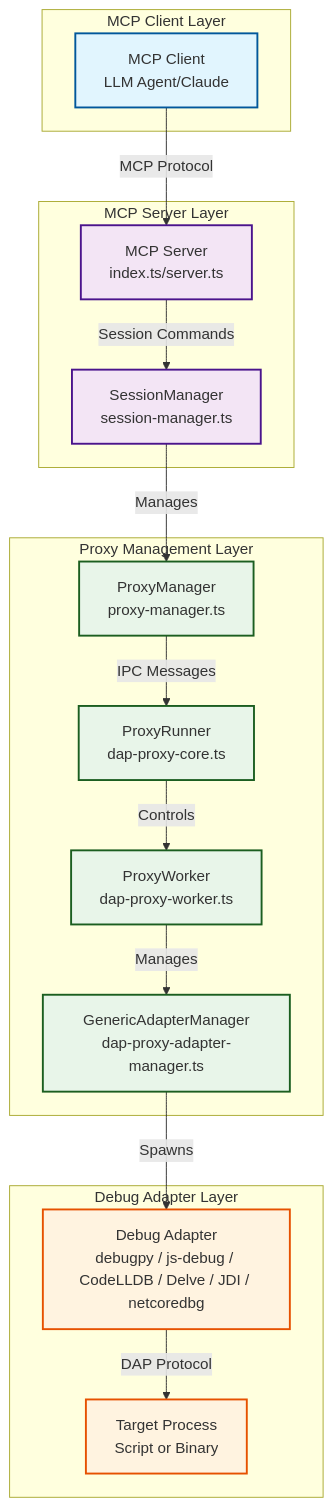
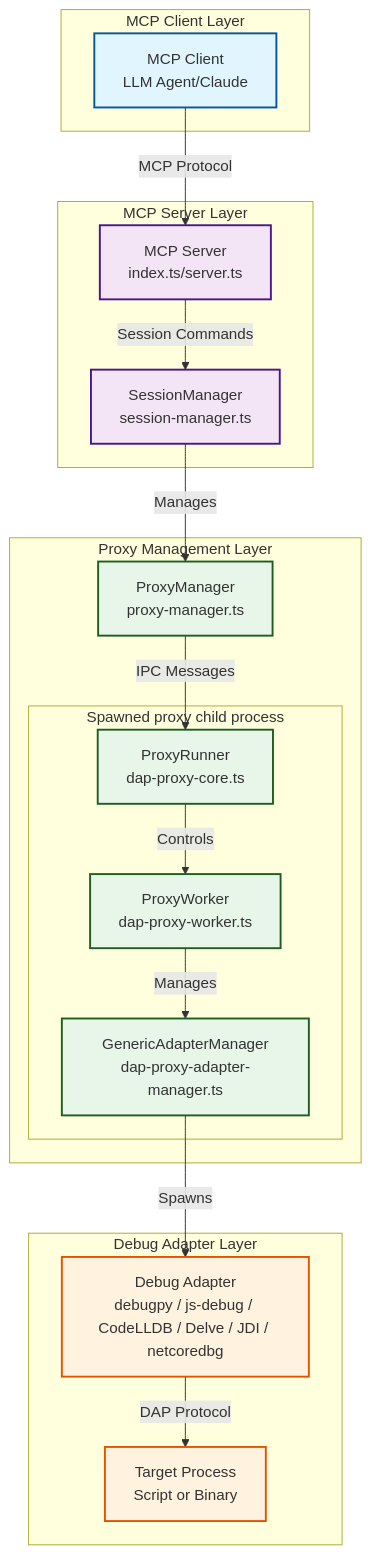
Before and after one commit to debugmcp/mcp-debugger: the first of 2 diagrams in docs/architecture/system-overview.md, drawn with Mermaid. The commit also changed other lines of this file and 77 other files, not shown here.

````diff
--- a/docs/architecture/system-overview.md
+++ b/docs/architecture/system-overview.md
@@ -7,42 +7,44 @@
 ```mermaid
 graph TB
     subgraph "MCP Client Layer"
         MC[MCP Client<br/>LLM Agent/Claude]
     end
 
     subgraph "MCP Server Layer"
         MS[MCP Server<br/>index.ts/server.ts]
         SM[SessionManager<br/>session-manager.ts]
     end
 
     subgraph "Proxy Management Layer"
         PM[ProxyManager<br/>proxy-manager.ts]
-        PC[ProxyRunner<br/>dap-proxy-core.ts]
-        PW[ProxyWorker<br/>dap-proxy-worker.ts]
-        PPM[GenericAdapterManager<br/>dap-proxy-adapter-manager.ts]
+        subgraph "Spawned proxy child process"
+            PC[ProxyRunner<br/>dap-proxy-core.ts]
+            PW[ProxyWorker<br/>dap-proxy-worker.ts]
+            PPM[GenericAdapterManager<br/>dap-proxy-adapter-manager.ts]
+        end
     end
 
     subgraph "Debug Adapter Layer"
         DA[Debug Adapter<br/>debugpy / js-debug / CodeLLDB / Delve / JDI / netcoredbg]
         TGT[Target Process<br/>Script or Binary]
     end
 
     MC -->|MCP Protocol| MS
     MS -->|Session Commands| SM
     SM -->|Manages| PM
     PM -->|IPC Messages| PC
     PC -->|Controls| PW
     PW -->|Manages| PPM
     PPM -->|Spawns| DA
     DA -->|DAP Protocol| TGT
     
     classDef client fill:#e1f5fe,stroke:#01579b,stroke-width:2px
     classDef server fill:#f3e5f5,stroke:#4a148c,stroke-width:2px
     classDef proxy fill:#e8f5e9,stroke:#1b5e20,stroke-width:2px
     classDef adapter fill:#fff3e0,stroke:#e65100,stroke-width:2px
     
     class MC client
     class MS,SM server
     class PM,PC,PW,PPM proxy
     class DA,TGT adapter
 ```
````
